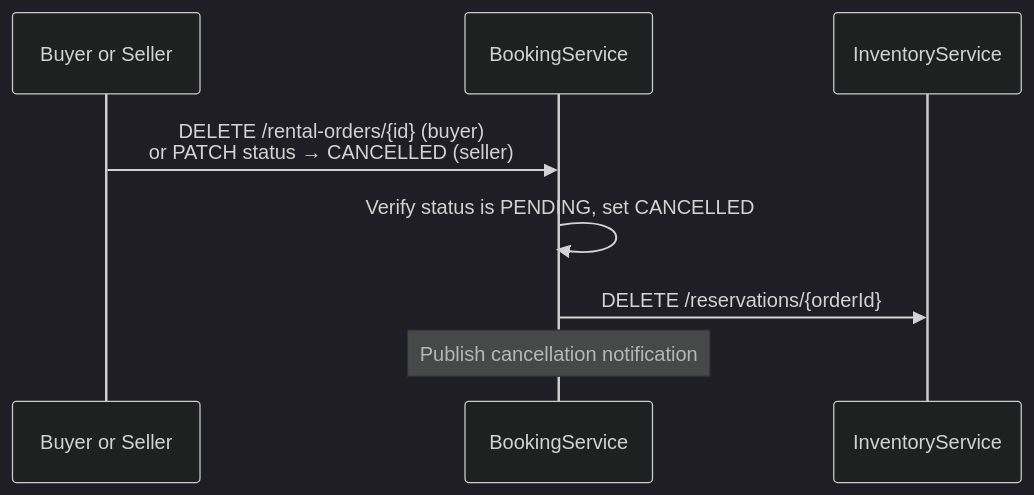
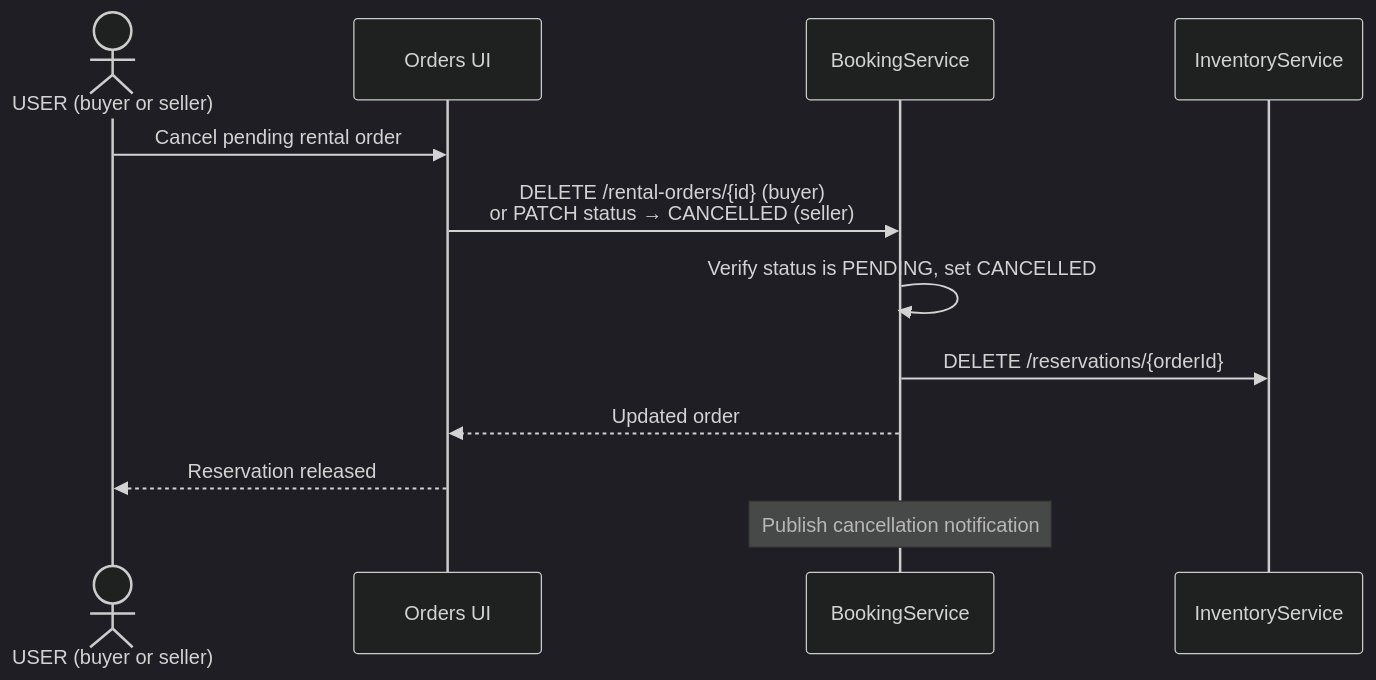
Before and after one commit to Naodab/Second_Life: the sixth of 6 diagrams in bookingservice/README.md, drawn with Mermaid (dark theme). The commit also changed other lines of this file and 5 other files, not shown here.

Commit message:
add diagrams

````diff
--- a/bookingservice/README.md
+++ b/bookingservice/README.md
@@ -235,10 +298,15 @@
 ```mermaid
 sequenceDiagram
-  participant U as Buyer or Seller
+  actor User as USER (buyer or seller)
+  participant UI as Orders UI
   participant B as BookingService
   participant I as InventoryService
-  U->>B: DELETE /rental-orders/{id} (buyer)<br/>or PATCH status → CANCELLED (seller)
+
+  User->>UI: Cancel pending rental order
+  UI->>B: DELETE /rental-orders/{id} (buyer)<br/>or PATCH status → CANCELLED (seller)
   B->>B: Verify status is PENDING, set CANCELLED
   B->>I: DELETE /reservations/{orderId}
+  B-->>UI: Updated order
+  UI-->>User: Reservation released
   Note over B: Publish cancellation notification
 ```
````
